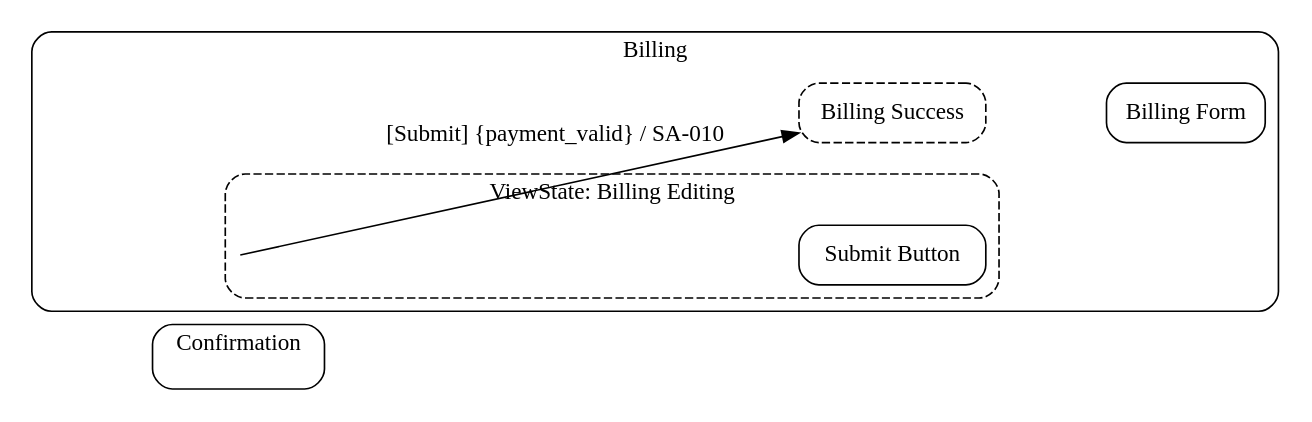
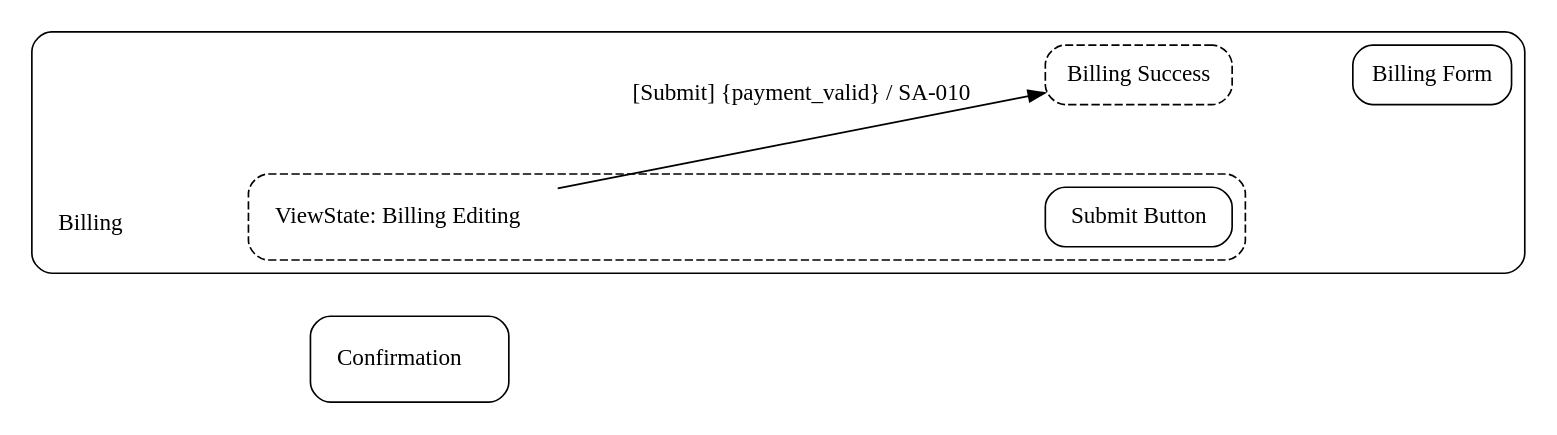
One commit to knutopia/Structured-Design-Documents changed the diagram in examples/rendered/v0.1/ui_contracts_diagram_type/place_viewstate_transition_example/simple_profile/place_viewstate_transition.ui_contracts.dot. Above: the diagram before and after it, drawn with Graphviz. The commit also changed 30 other files, not shown here.

```diff
--- a/examples/rendered/v0.1/ui_contracts_diagram_type/place_viewstate_transition_example/simple_profile/place_viewstate_transition.ui_contracts.dot
+++ b/examples/rendered/v0.1/ui_contracts_diagram_type/place_viewstate_transition_example/simple_profile/place_viewstate_transition.ui_contracts.dot
@@ -1,26 +1,26 @@
 digraph ui_contracts {
   rankdir=LR;
   graph [fontname="Public Sans", compound=true, nodesep=0.7, ranksep=1.0];
   node [fontname="Public Sans"];
   edge [fontname="Public Sans"];
   subgraph cluster_P_010 {
-    graph [label="Billing", style="rounded"];
-    "P-010__anchor" [label="", shape="point", width=0, height=0, style="invis"];
+    graph [label="", style="rounded"];
+    "P-010__title" [shape="plaintext", label="Billing\l"];
     subgraph cluster_VS_010a {
-      graph [label="ViewState: Billing Editing", style="rounded,dashed"];
-      "VS-010a__anchor" [label="", shape="point", width=0, height=0, style="invis"];
+      graph [label="", style="rounded,dashed"];
+      "VS-010a__title" [shape="plaintext", label="ViewState: Billing Editing\l"];
       "C-011" [shape="box", style="rounded", label="Submit Button"];
     }
     "VS-010b" [shape="box", style="rounded,dashed", label="Billing Success"];
     "C-010" [shape="box", style="rounded", label="Billing Form"];
   }
   subgraph cluster_P_011 {
-    graph [label="Confirmation", style="rounded"];
-    "P-011__anchor" [label="", shape="point", width=0, height=0, style="invis"];
+    graph [label="", style="rounded"];
+    "P-011__title" [shape="plaintext", label="Confirmation\l"];
   }
-  "P-010__anchor" -> "P-011__anchor" [style=invis, weight=100];
-  "P-010__anchor" -> "VS-010a__anchor" [style=invis, weight=100];
+  "P-010__title" -> "P-011__title" [style=invis, weight=100];
+  "P-010__title" -> "VS-010a__title" [style=invis, weight=100];
   "VS-010b" -> "C-010" [style=invis, weight=100];
-  "VS-010a__anchor" -> "C-011" [style=invis, weight=100];
-  "VS-010a__anchor" -> "VS-010b" [label="[Submit] {payment_valid} / SA-010", style="solid", weight=4];
+  "VS-010a__title" -> "C-011" [style=invis, weight=100];
+  "VS-010a__title" -> "VS-010b" [label="[Submit] {payment_valid} / SA-010", style="solid", weight=4];
 }
```
